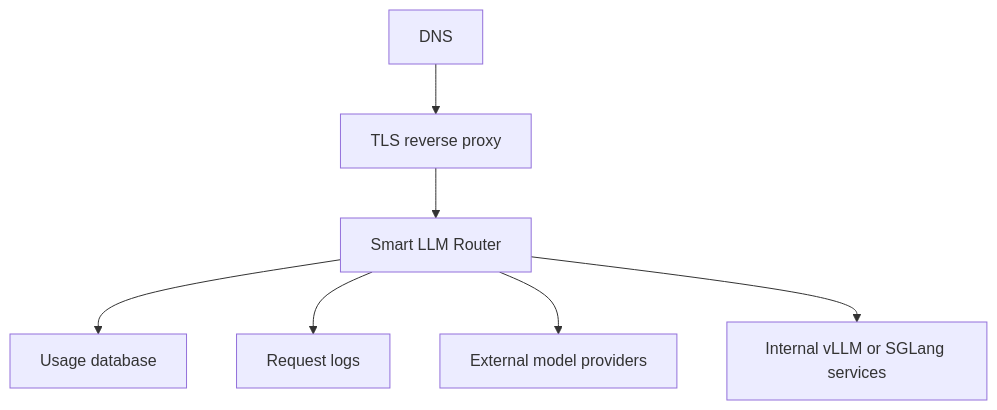
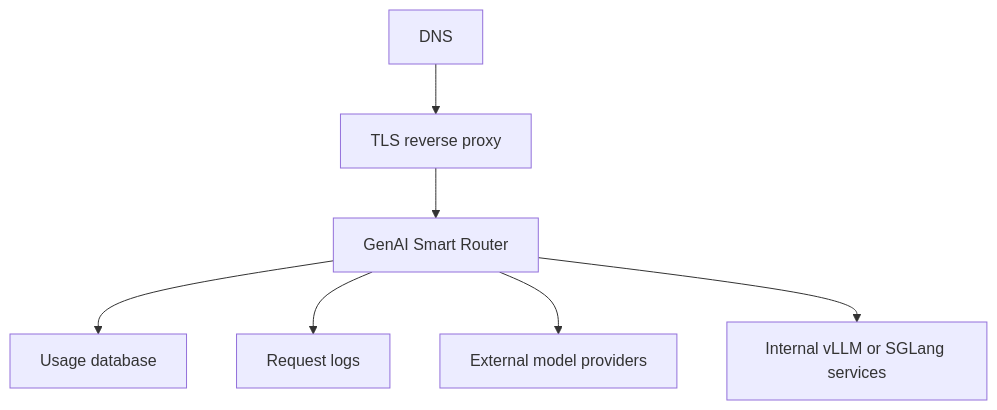
Before and after one commit to Metrum-AI-Products/genai-smart-router: the diagram in docs-site/docs/operations/deployment.md, drawn with Mermaid. The commit also changed other lines of this file and 20 other files, not shown here.

Commit message:
Rebrand docs for GenAI Smart Router

````diff
--- a/docs-site/docs/operations/deployment.md
+++ b/docs-site/docs/operations/deployment.md
@@ -15,9 +15,9 @@
 ```mermaid
 flowchart TB
   DNS[DNS] --> Proxy[TLS reverse proxy]
-  Proxy --> Router[Smart LLM Router]
+  Proxy --> Router[GenAI Smart Router]
   Router --> DB[Usage database]
   Router --> Logs[Request logs]
   Router --> Providers[External model providers]
   Router --> Internal[Internal vLLM or SGLang services]
 ```
````
